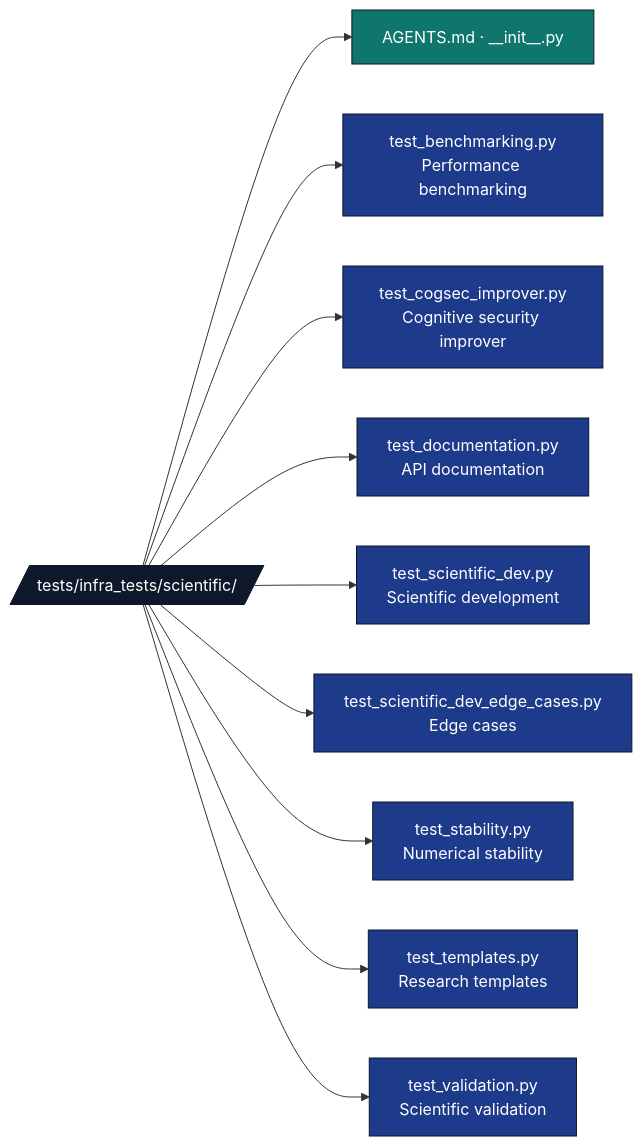
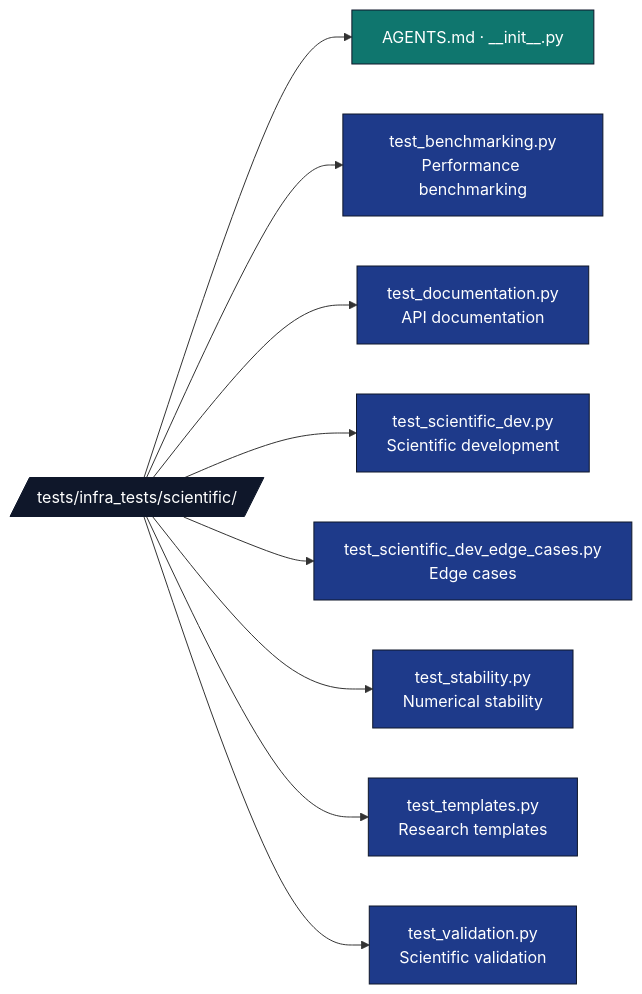
One commit to docxology/template changed the diagram in tests/infra_tests/scientific/AGENTS.md. Above: the diagram before and after it, drawn with Mermaid. The commit also changed 424 other files, not shown here.

````diff
--- a/tests/infra_tests/scientific/AGENTS.md
+++ b/tests/infra_tests/scientific/AGENTS.md
@@ -9,20 +9,19 @@
 ```mermaid
 flowchart LR
     T[/tests/infra_tests/scientific//]
     T --> META[AGENTS.md · __init__.py]
     T --> BEN[test_benchmarking.py<br/>Performance benchmarking]
-    T --> COG[test_cogsec_improver.py<br/>Cognitive security improver]
     T --> DOC[test_documentation.py<br/>API documentation]
     T --> DEV[test_scientific_dev.py<br/>Scientific development]
     T --> DEVE[test_scientific_dev_edge_cases.py<br/>Edge cases]
     T --> STAB[test_stability.py<br/>Numerical stability]
     T --> TPL[test_templates.py<br/>Research templates]
     T --> VAL[test_validation.py<br/>Scientific validation]
 
     classDef d fill:#0f172a,stroke:#0f172a,color:#fff
     classDef test fill:#1e3a8a,stroke:#0f172a,color:#fff
     classDef doc fill:#0f766e,stroke:#0f172a,color:#fff
     class T d
-    class BEN,COG,DOC,DEV,DEVE,STAB,TPL,VAL test
+    class BEN,DOC,DEV,DEVE,STAB,TPL,VAL test
     class META doc
 ```
````
